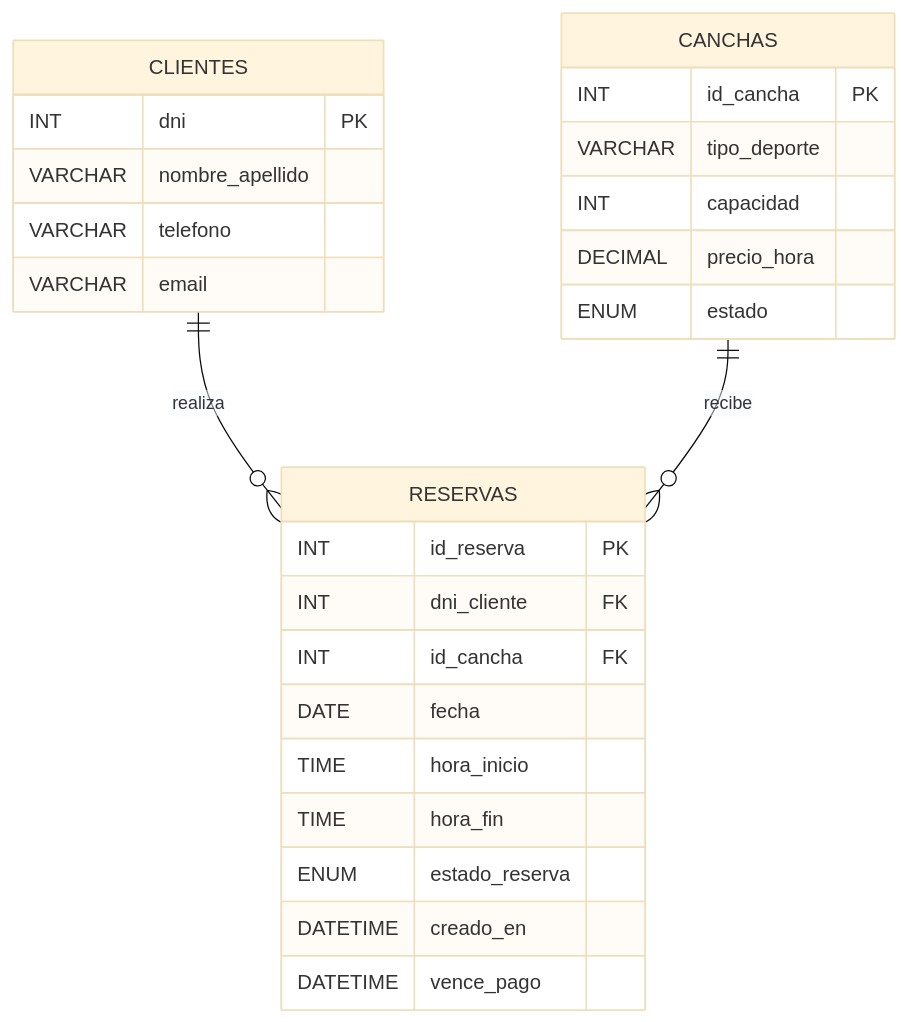
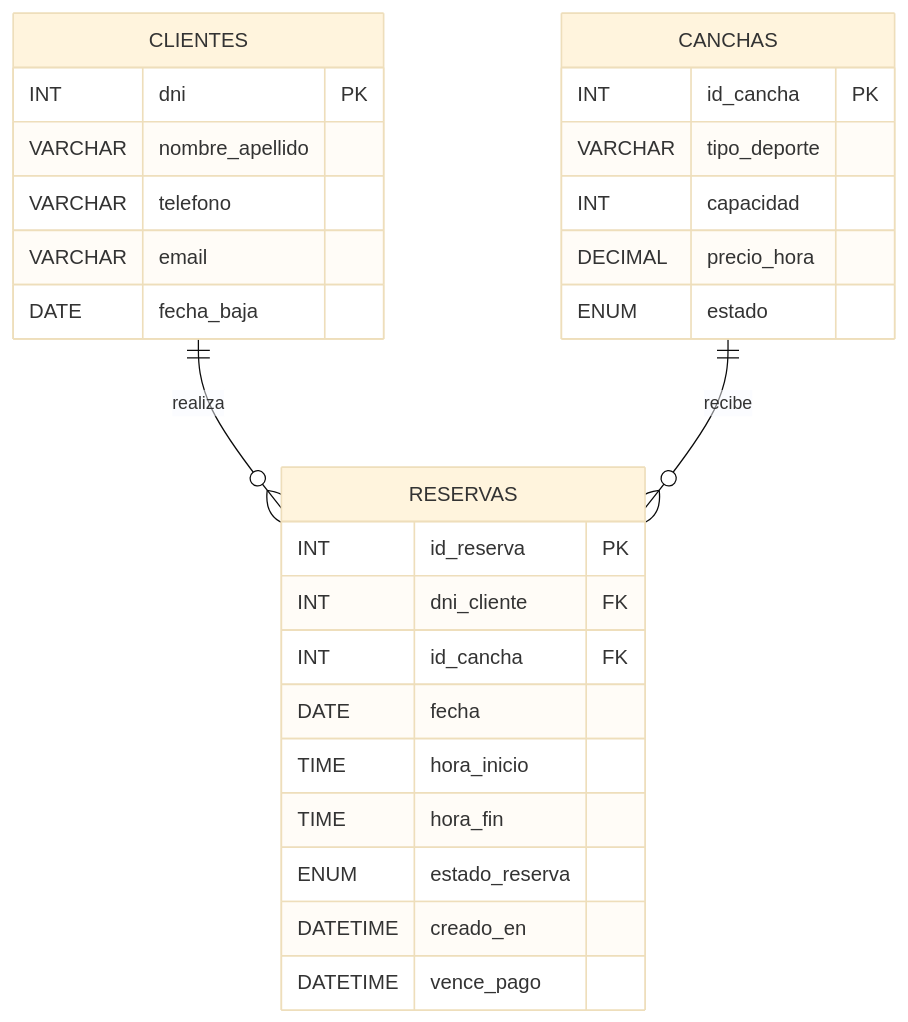
The diagram in docs/modelo-datos.md (selenelunaaimar/gestor-reservas-padelbeche), drawn with Mermaid (base theme) before and after one commit. The commit also changed other lines of this file and 6 other files, not shown here.

````diff
--- a/docs/modelo-datos.md
+++ b/docs/modelo-datos.md
@@ -17,30 +17,31 @@
 ```mermaid
 erDiagram
     CLIENTES ||--o{ RESERVAS : realiza
     CANCHAS ||--o{ RESERVAS : recibe
 
     CLIENTES {
         INT dni PK
         VARCHAR nombre_apellido
         VARCHAR telefono
         VARCHAR email
+        DATE fecha_baja
     }
     CANCHAS {
         INT id_cancha PK
         VARCHAR tipo_deporte
         INT capacidad
         DECIMAL precio_hora
         ENUM estado
     }
     RESERVAS {
         INT id_reserva PK
         INT dni_cliente FK
         INT id_cancha FK
         DATE fecha
         TIME hora_inicio
         TIME hora_fin
         ENUM estado_reserva
         DATETIME creado_en
         DATETIME vence_pago
     }
 ```
````
